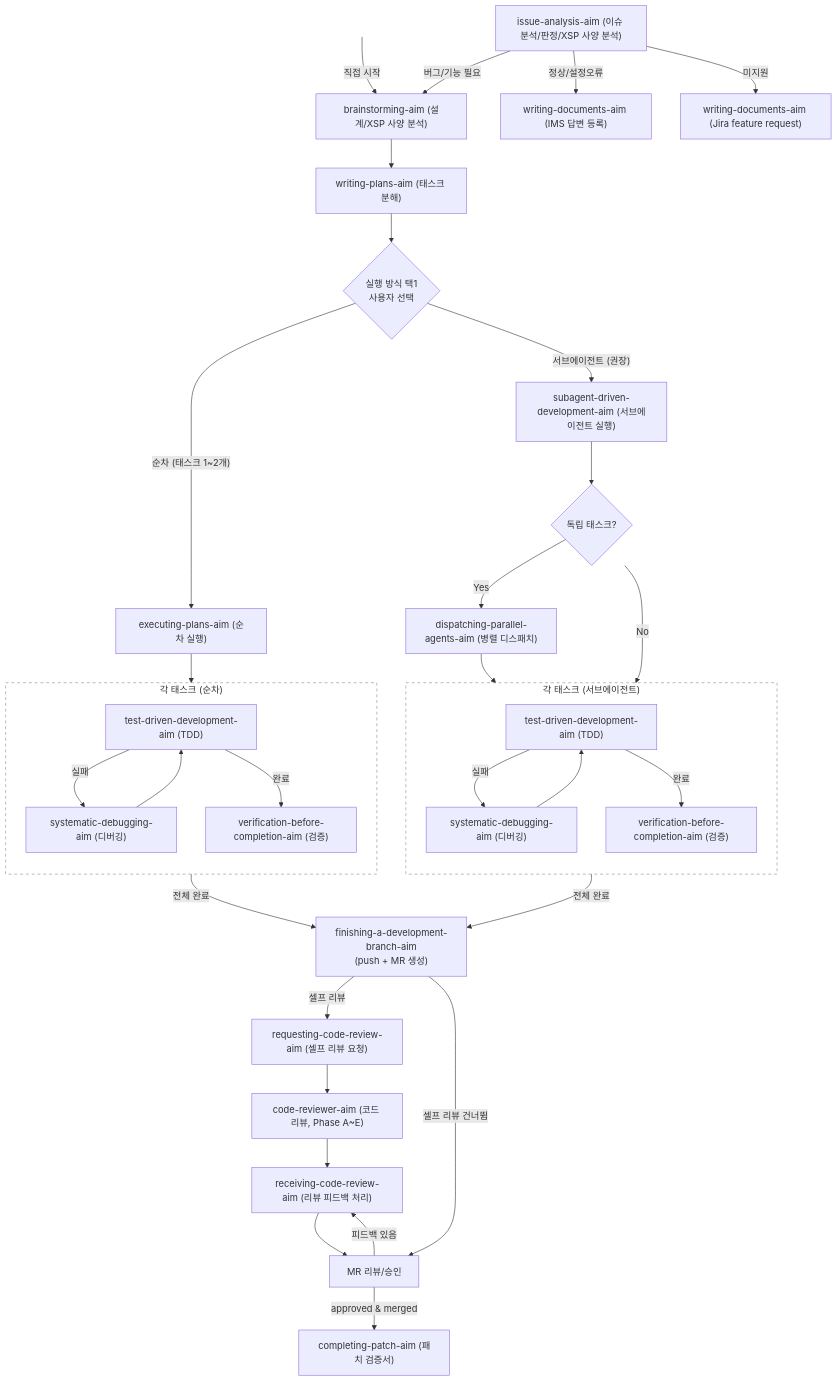
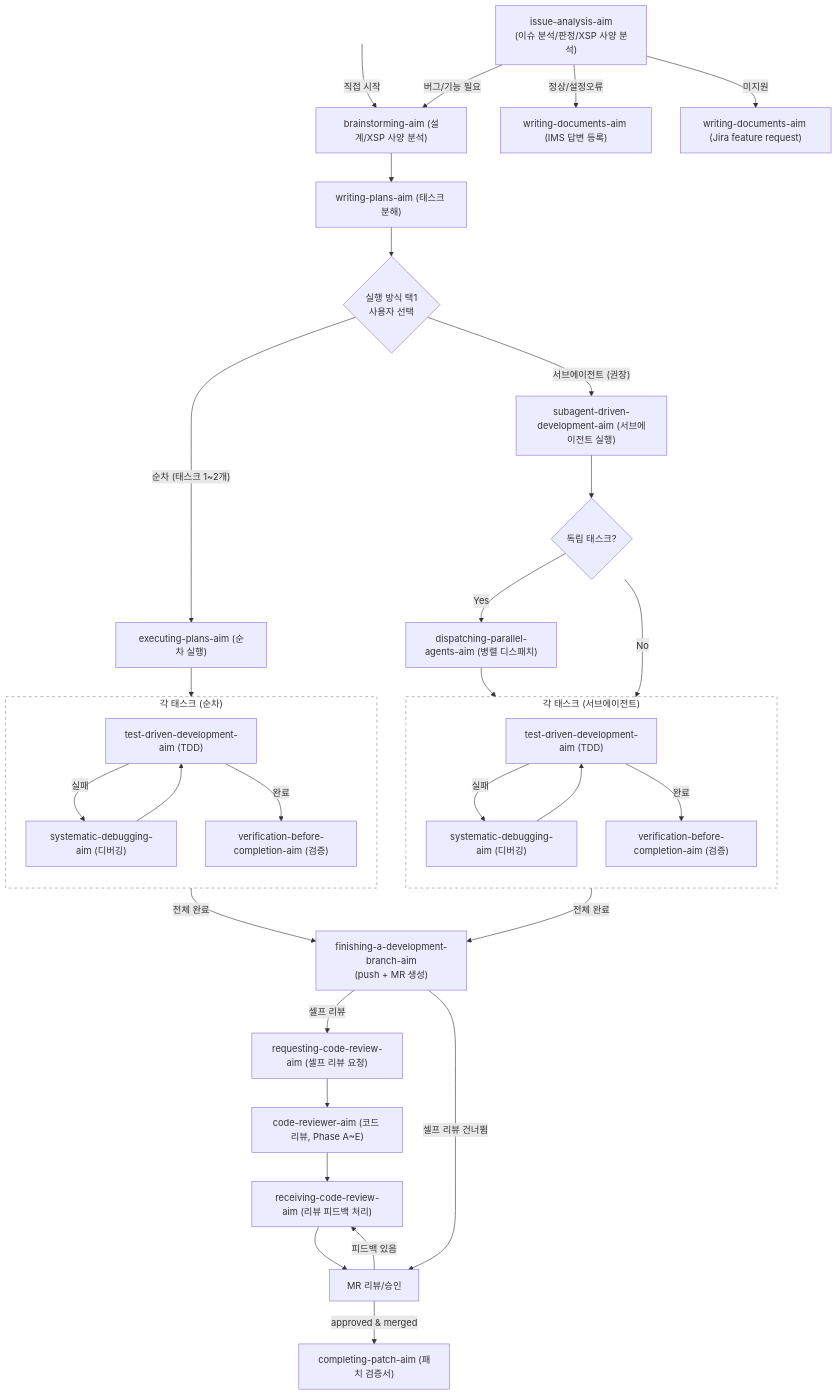
One commit to kmj5228/aim-harness changed the diagram in README.md. Above: the diagram before and after it, drawn with Mermaid.

Commit message:
style: line break before role in issue-analysis-aim

````diff
--- a/README.md
+++ b/README.md
@@ -77,47 +77,47 @@
 ```mermaid
 flowchart TD
-    A["issue-analysis-aim (이슈 분석/판정/XSP 사양 분석)"] -->|"버그/기능 필요"| B["brainstorming-aim (설계/XSP 사양 분석)"]
+    A["issue-analysis-aim\n(이슈 분석/판정/XSP 사양 분석)"] -->|"버그/기능 필요"| B["brainstorming-aim (설계/XSP 사양 분석)"]
     START[ ] -->|직접 시작| B
     B --> C["writing-plans-aim (태스크 분해)"]
     C --> D{실행 방식 택1\n사용자 선택}
 
     D -->|"순차 (태스크 1~2개)"| E["executing-plans-aim (순차 실행)"]
     E --> TDD1
 
     D -->|"서브에이전트 (권장)"| F["subagent-driven-development-aim (서브에이전트 실행)"]
     F --> H{독립 태스크?}
     H -->|"Yes"| P1["dispatching-parallel-agents-aim (병렬 디스패치)"]
     H -->|"No"| TDD2
     P1 --> TDD2
 
     subgraph TDD1 ["각 태스크 (순차)"]
         direction TB
         G1["test-driven-development-aim (TDD)"] -->|실패| I1["systematic-debugging-aim (디버깅)"]
         I1 --> G1
         G1 -->|완료| J1["verification-before-completion-aim (검증)"]
     end
 
     subgraph TDD2 ["각 태스크 (서브에이전트)"]
         direction TB
         G2["test-driven-development-aim (TDD)"] -->|실패| I2["systematic-debugging-aim (디버깅)"]
         I2 --> G2
         G2 -->|완료| J2["verification-before-completion-aim (검증)"]
     end
 
     TDD1 -->|전체 완료| K["finishing-a-development-branch-aim\n(push + MR 생성)"]
     TDD2 -->|전체 완료| K
     K -->|셀프 리뷰| L["requesting-code-review-aim (셀프 리뷰 요청)"]
     L --> M["code-reviewer-aim (코드 리뷰, Phase A~E)"]
     K -->|셀프 리뷰 건너뜀| MR[MR 리뷰/승인]
     M --> RCV["receiving-code-review-aim (리뷰 피드백 처리)"]
     RCV --> MR
     MR -->|피드백 있음| RCV
     MR -->|approved & merged| N["completing-patch-aim (패치 검증서)"]
 
     A -->|"정상/설정오류"| O["writing-documents-aim (IMS 답변 등록)"]
     A -->|"미지원"| Q["writing-documents-aim (Jira feature request)"]
 
     style START fill:transparent,stroke:transparent
     style TDD1 fill:transparent,stroke:#888,stroke-dasharray: 5 5
     style TDD2 fill:transparent,stroke:#888,stroke-dasharray: 5 5
 ```
````
